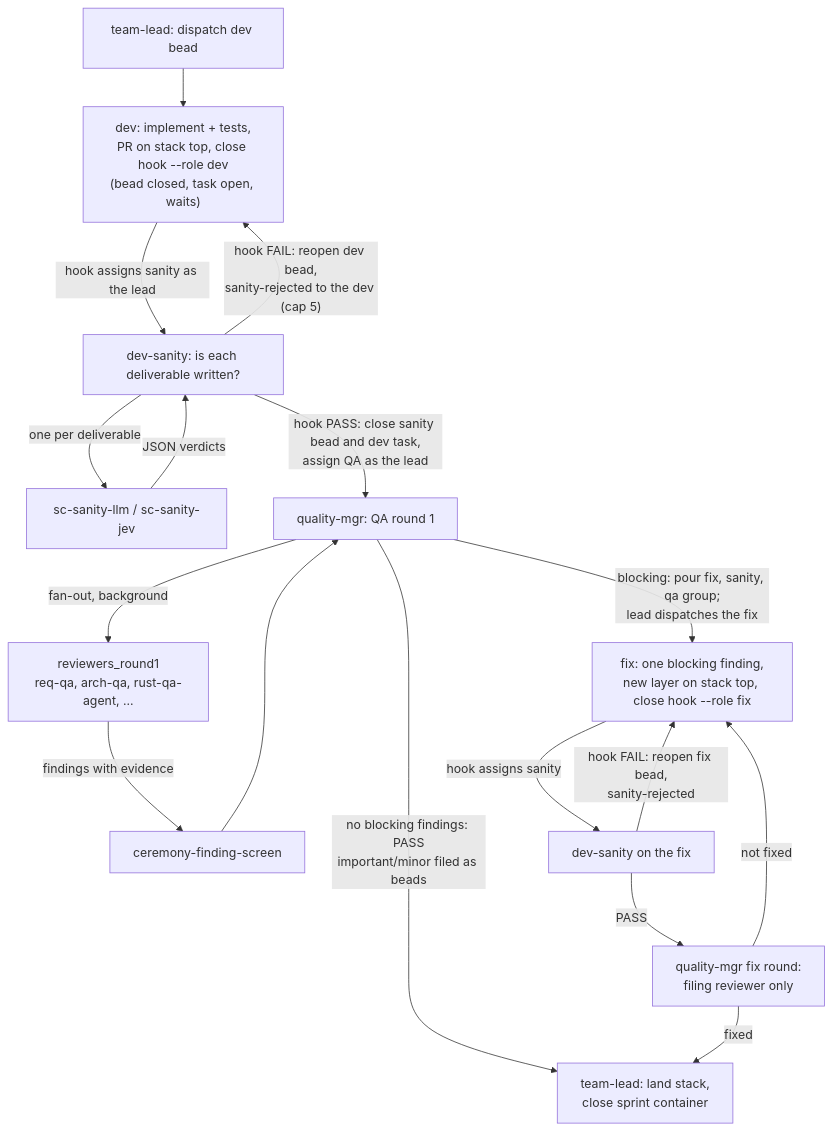
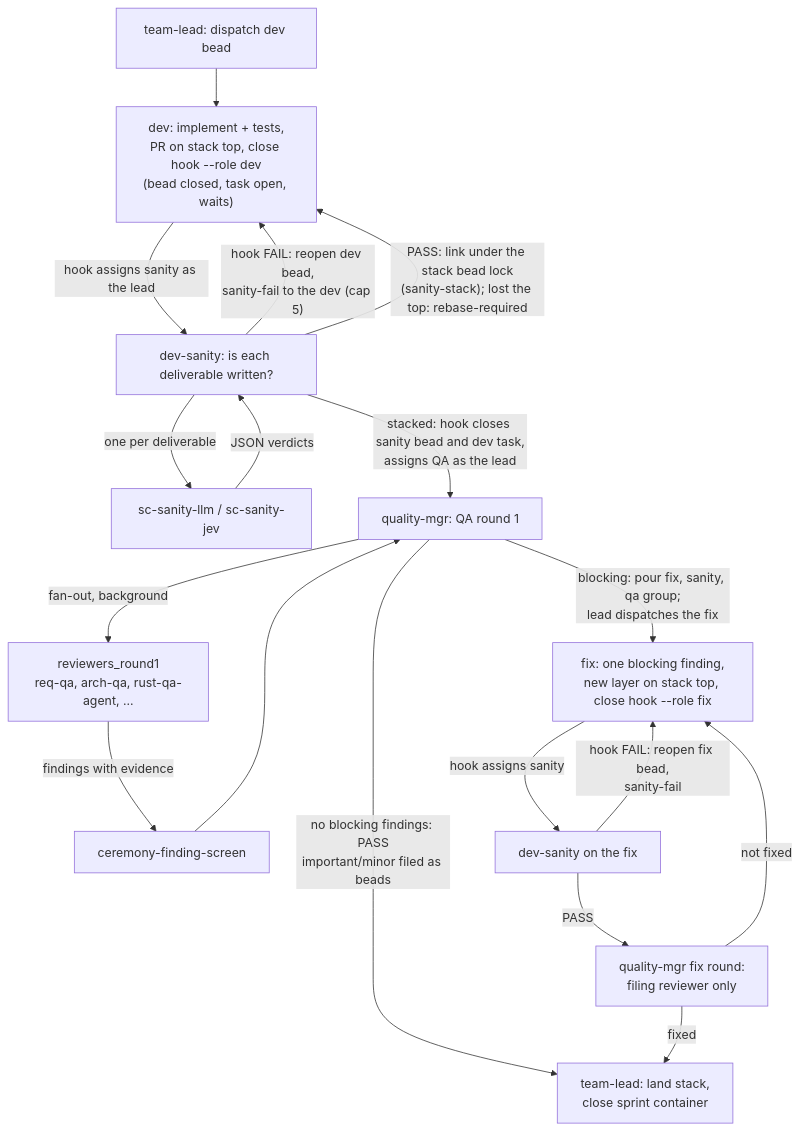
One commit to rahul05ranjan/atm-bd-orchestration changed the first of 2 diagrams in docs/requirements/README.md. Above: the diagram before and after it, drawn with Mermaid. The commit also changed other lines of this file and 11 other files, not shown here.

First line of the commit message:
docs: sanity links under the stack bead lock (sanity-stack subagent), sanity-fail and rebase-required templates, not_reproducible to the filing reviewer, qa hook informs the lead only

````diff
--- a/docs/requirements/README.md
+++ b/docs/requirements/README.md
@@ -34,19 +36,20 @@
 ```mermaid
 flowchart TD
     L["team-lead: dispatch dev bead"] --> D["dev: implement + tests,<br/>PR on stack top, close hook --role dev<br/>(bead closed, task open, waits)"]
     D -->|"hook assigns sanity as the lead"| S["dev-sanity: is each deliverable written?"]
     S -->|"one per deliverable"| SC["sc-sanity-llm / sc-sanity-jev"]
     SC -->|"JSON verdicts"| S
-    S -->|"hook FAIL: reopen dev bead,<br/>sanity-rejected to the dev (cap 5)"| D
-    S -->|"hook PASS: close sanity bead and dev task,<br/>assign QA as the lead"| Q["quality-mgr: QA round 1"]
+    S -->|"hook FAIL: reopen dev bead,<br/>sanity-fail to the dev (cap 5)"| D
+    S -->|"PASS: link under the stack bead lock<br/>(sanity-stack); lost the top: rebase-required"| D
+    S -->|"stacked: hook closes sanity bead and dev task,<br/>assigns QA as the lead"| Q["quality-mgr: QA round 1"]
     Q -->|"fan-out, background"| R["reviewers_round1<br/>req-qa, arch-qa, rust-qa-agent, ..."]
     R -->|"findings with evidence"| CS["ceremony-finding-screen"]
     CS --> Q
     Q -->|"no blocking findings: PASS<br/>important/minor filed as beads"| Done["team-lead: land stack,<br/>close sprint container"]
     Q -->|"blocking: pour fix, sanity, qa group;<br/>lead dispatches the fix"| F["fix: one blocking finding,<br/>new layer on stack top, close hook --role fix"]
     F -->|"hook assigns sanity"| S2["dev-sanity on the fix"]
-    S2 -->|"hook FAIL: reopen fix bead,<br/>sanity-rejected"| F
+    S2 -->|"hook FAIL: reopen fix bead,<br/>sanity-fail"| F
     S2 -->|"PASS"| Q2["quality-mgr fix round:<br/>filing reviewer only"]
     Q2 -->|"not fixed"| F
     Q2 -->|"fixed"| Done
 ```
````
